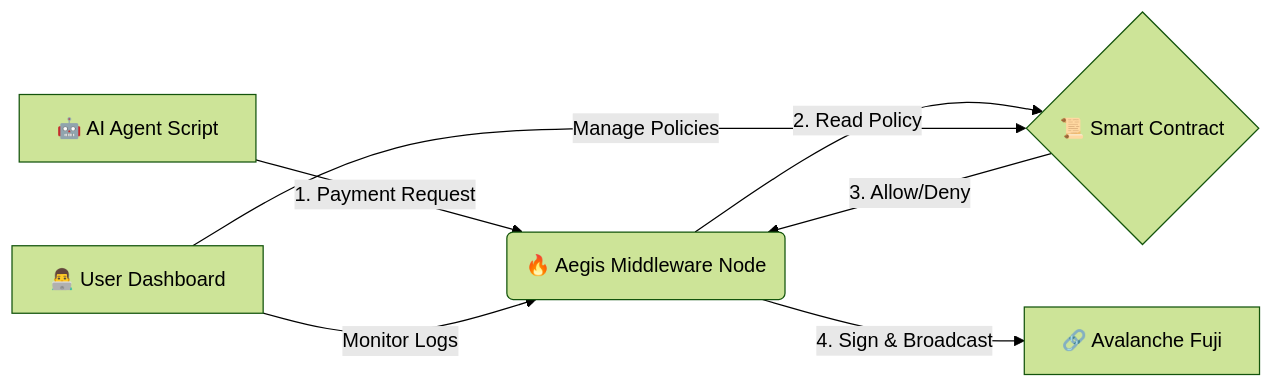
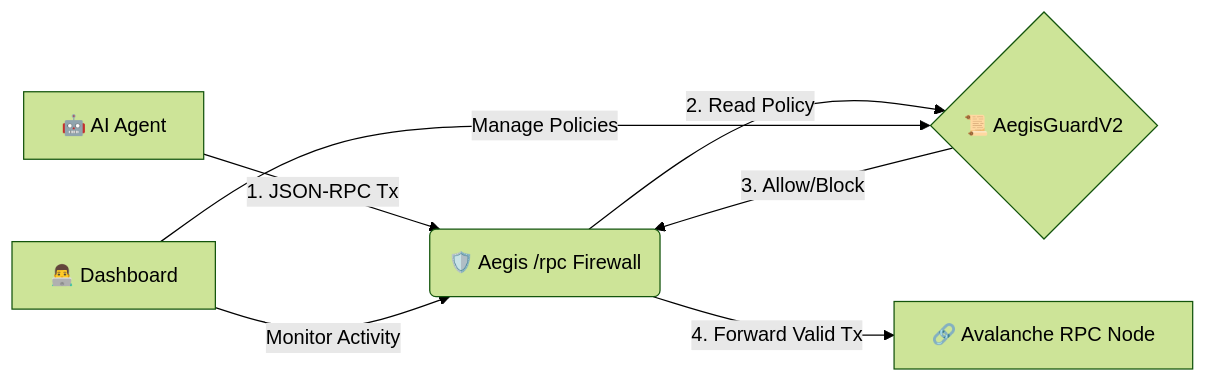
Before and after one commit to Animesh-Parashar/Aegis-Protocol: the diagram in README.md, drawn with Mermaid (forest theme). The commit also changed other lines of this file, not shown here.

````diff
--- a/README.md
+++ b/README.md
@@ -81,9 +81,10 @@
 ```mermaid
 graph LR
-    A[🤖 AI Agent Script] -- 1. Payment Request --> B(🔥 Aegis Middleware Node)
-    B -- 2. Read Policy --> C{📜 Smart Contract}
-    C -- 3. Allow/Deny --> B
-    B -- 4. Sign & Broadcast --> D[🔗 Avalanche Fuji]
-    E[👨‍💻 User Dashboard] -- Manage Policies --> C
-    E -- Monitor Logs --> B
+    A[🤖 AI Agent] -->|1. JSON-RPC Tx| B(🛡️ Aegis /rpc Firewall)
+    B -->|2. Read Policy| C{📜 AegisGuardV2}
+    C -->|3. Allow/Block| B
+    B -->|4. Forward Valid Tx| D[🔗 Avalanche RPC Node]
+    E[👨‍💻 Dashboard] -->|Manage Policies| C
+    E -->|Monitor Activity| B
+
 ```
````
